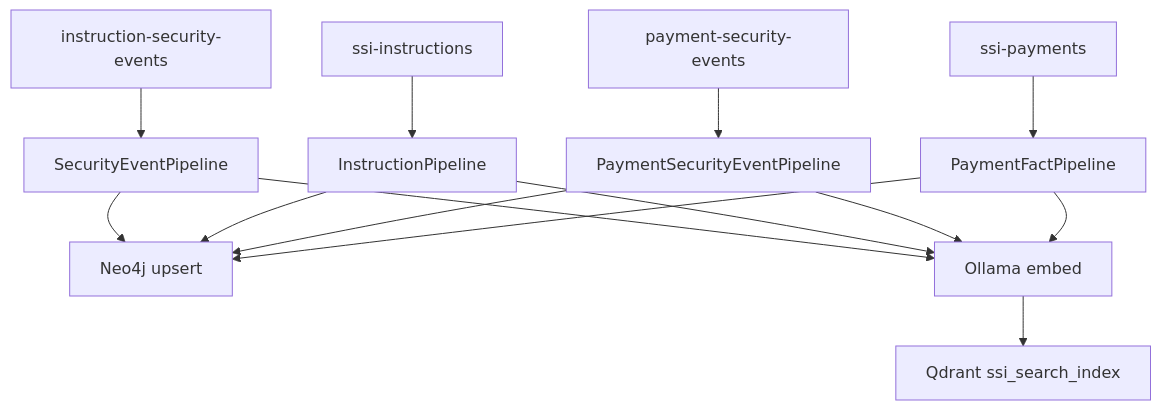
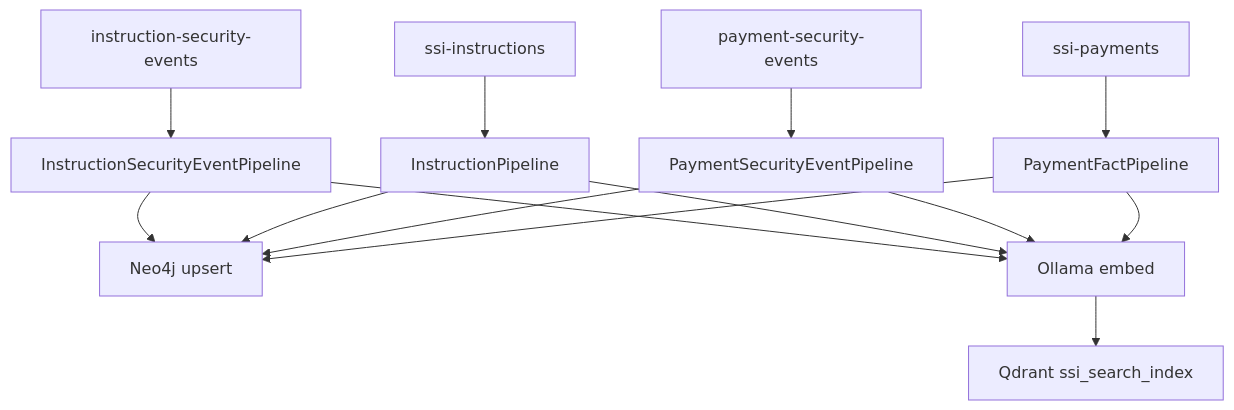
The diagram in security-event-qdrant-etl/README.md (sanjuthomas/policy-pilot), drawn with Mermaid before and after one commit. The commit also changed other lines of this file and 58 other files, not shown here.

````diff
--- a/security-event-qdrant-etl/README.md
+++ b/security-event-qdrant-etl/README.md
@@ -15,16 +15,16 @@
 ```mermaid
 flowchart TB
-    K1[instruction-security-events] --> P1[SecurityEventPipeline]
+    K1[instruction-security-events] --> P1[InstructionSecurityEventPipeline]
     K2[ssi-instructions] --> P2[InstructionPipeline]
     K3[payment-security-events] --> P3[PaymentSecurityEventPipeline]
     K4[ssi-payments] --> P4[PaymentFactPipeline]
     P1 --> NEO[Neo4j upsert]
     P2 --> NEO
     P3 --> NEO
     P4 --> NEO
     P1 --> OLL[Ollama embed]
     P2 --> OLL
     P3 --> OLL
     P4 --> OLL
     OLL --> QD[Qdrant ssi_search_index]
 ```
````
